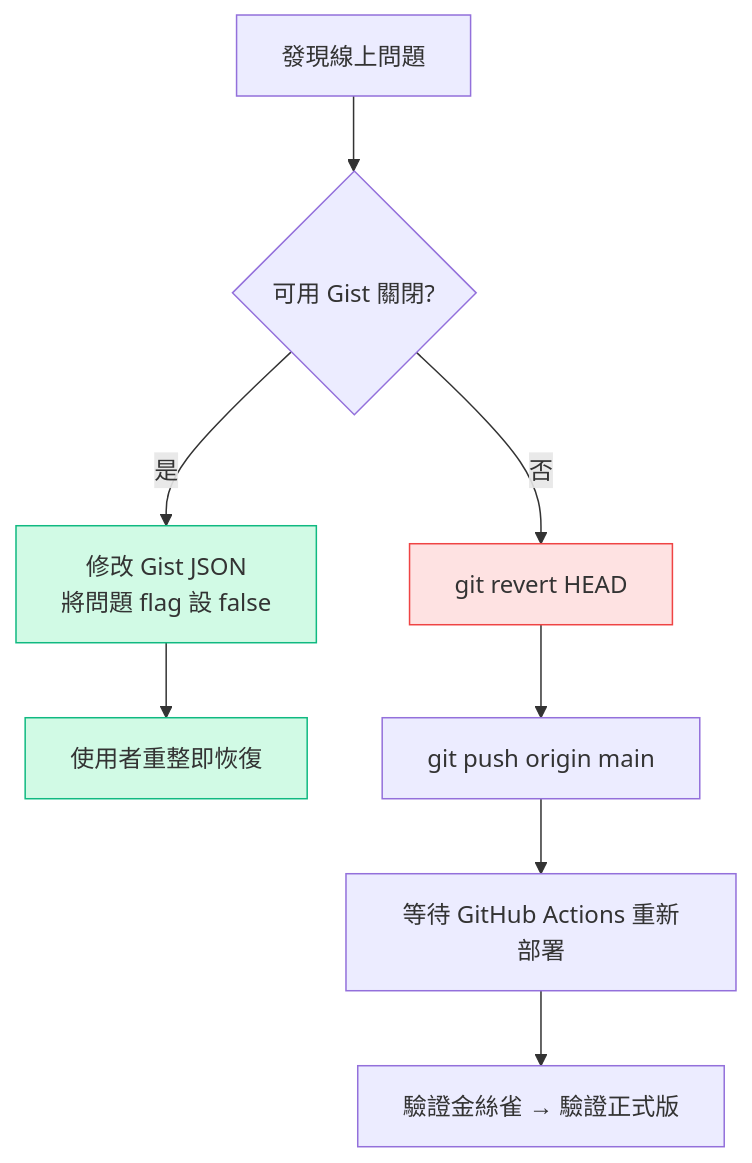
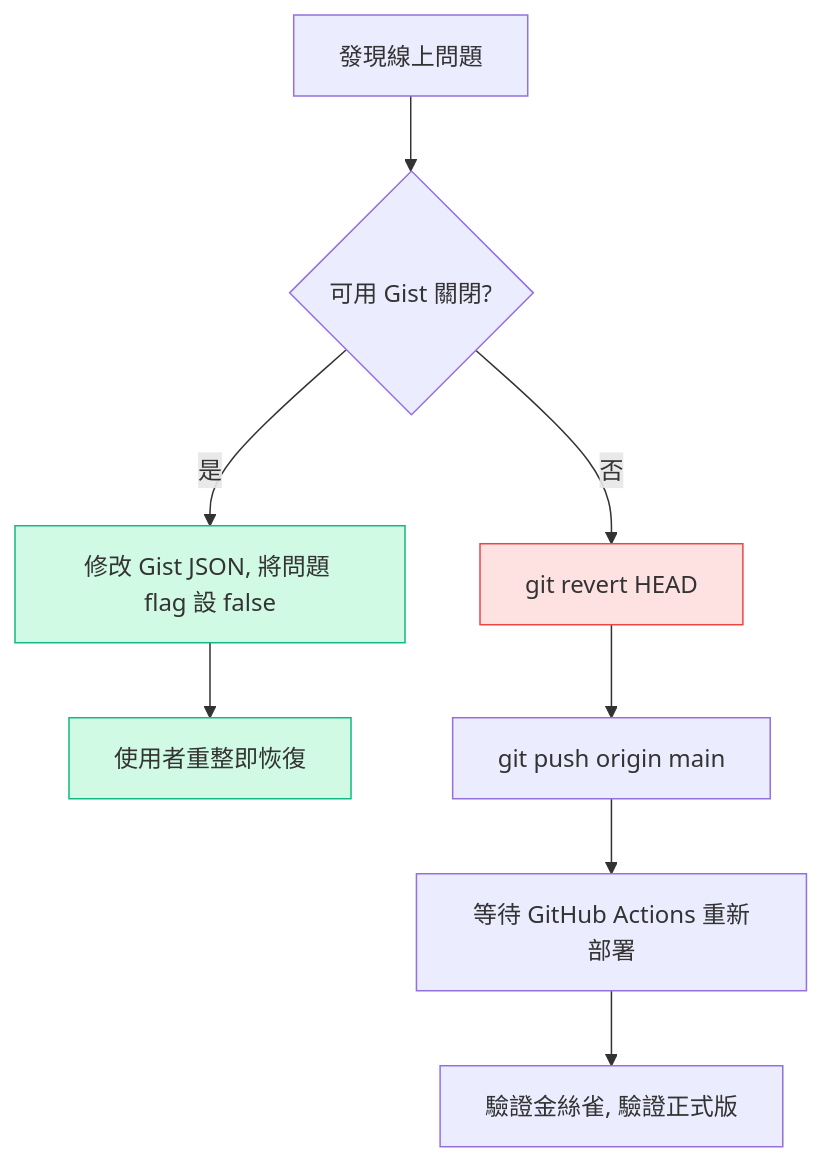
Before and after one commit to NickHuangbeauty/md-reviewer: the fifth of 5 diagrams in docs/development-guide.md, drawn with Mermaid. The commit also changed other lines of this file, not shown here.

First line of the commit message:
Fix Mermaid syntax in development guide

````diff
--- a/docs/development-guide.md
+++ b/docs/development-guide.md
@@ -260,14 +260,14 @@
 ```mermaid
 flowchart TD
-    A[發現線上問題] --> B{可用 Gist 關閉?}
-    B -->|是| C[修改 Gist JSON<br/>將問題 flag 設 false]
-    C --> D[使用者重整即恢復]
-    B -->|否| E[git revert HEAD]
-    E --> F[git push origin main]
-    F --> G[等待 GitHub Actions 重新部署]
-    G --> H[驗證金絲雀 → 驗證正式版]
+    A["發現線上問題"] --> B{"可用 Gist 關閉?"}
+    B -->|"是"| C["修改 Gist JSON, 將問題 flag 設 false"]
+    C --> D["使用者重整即恢復"]
+    B -->|"否"| E["git revert HEAD"]
+    E --> F["git push origin main"]
+    F --> G["等待 GitHub Actions 重新部署"]
+    G --> H["驗證金絲雀, 驗證正式版"]
 
     style C fill:#d1fae5,stroke:#10b981
     style D fill:#d1fae5,stroke:#10b981
     style E fill:#fee2e2,stroke:#ef4444
 ```
````
